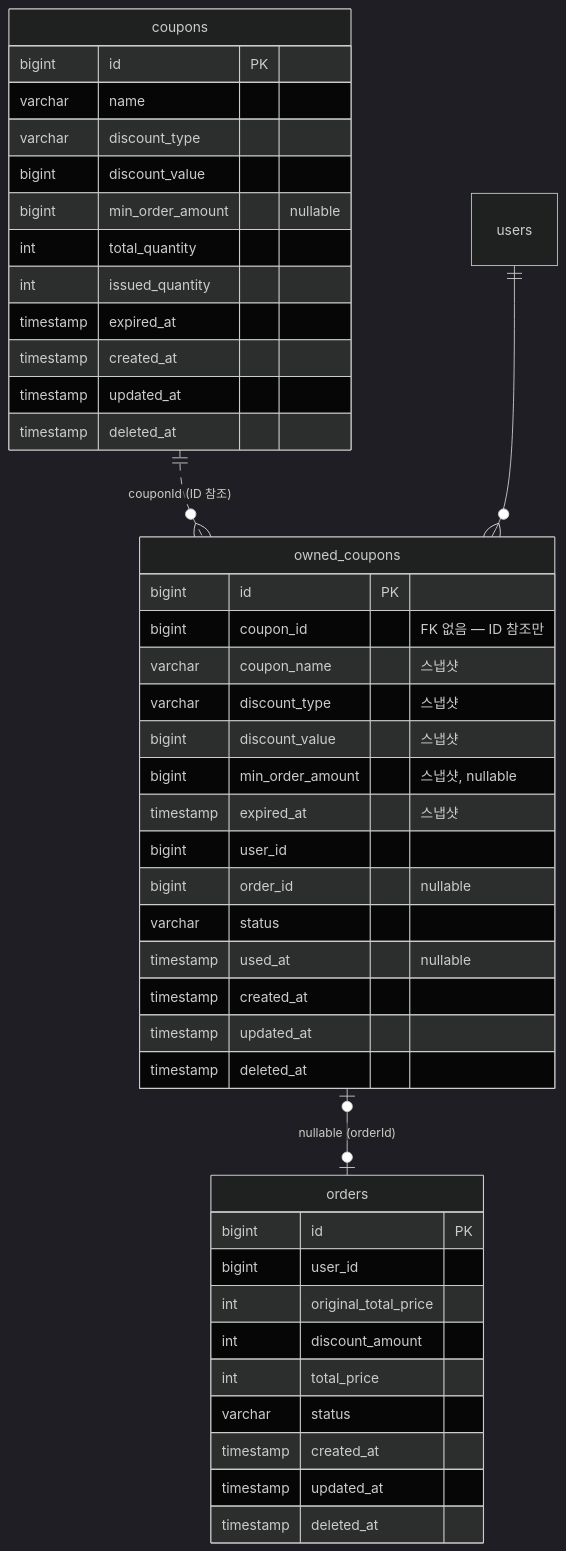
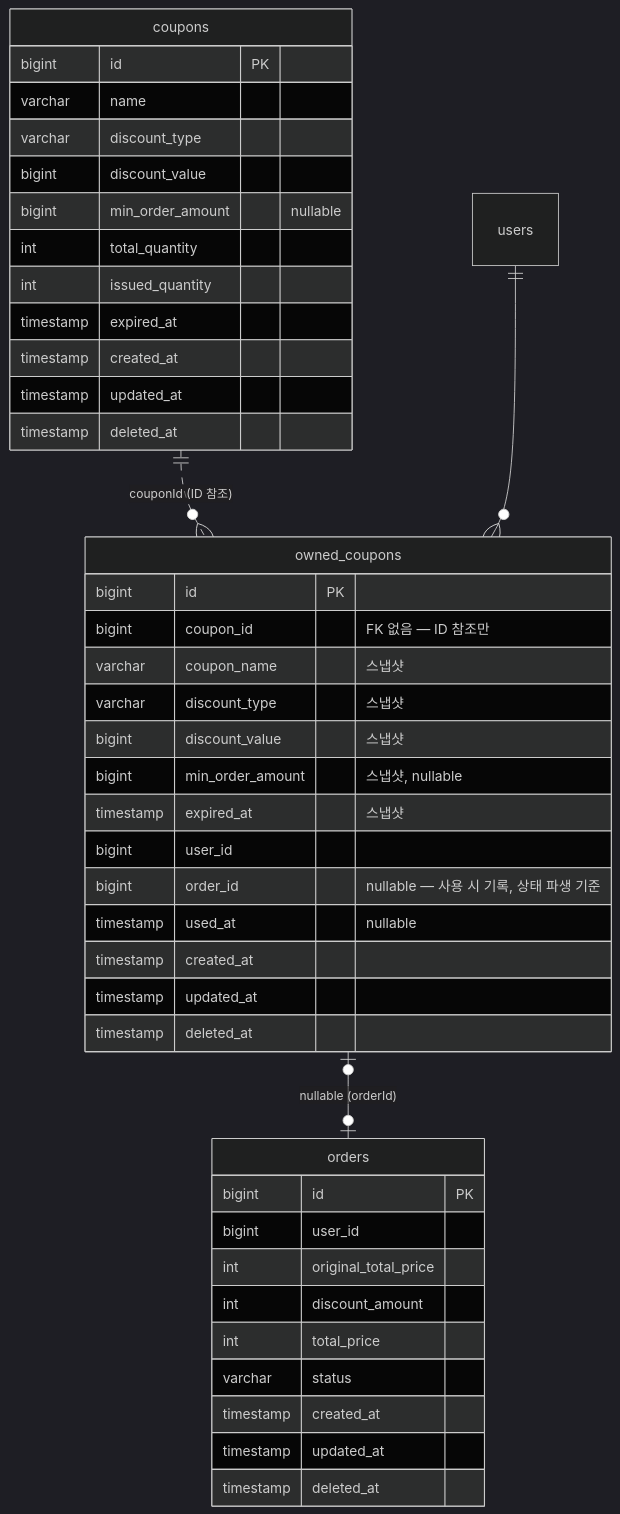
The fifth of 5 diagrams in docs/design/coupon/DESIGN.md (plan11plan/loop-pack-be-l2-vol3-java), drawn with Mermaid (dark theme) before and after one commit. The commit also changed other lines of this file, not shown here.

Commit message:
docs: OwnedCoupon status 컬럼 제거 및 CAS Update 동시성 전략 반영

````diff
--- a/docs/design/coupon/DESIGN.md
+++ b/docs/design/coupon/DESIGN.md
@@ -437,49 +438,48 @@
 ```mermaid
 erDiagram
     coupons {
         bigint id PK
         varchar name
         varchar discount_type
         bigint discount_value
         bigint min_order_amount "nullable"
         int total_quantity
         int issued_quantity
         timestamp expired_at
         timestamp created_at
         timestamp updated_at
         timestamp deleted_at
     }
 
     owned_coupons {
         bigint id PK
         bigint coupon_id "FK 없음 — ID 참조만"
         varchar coupon_name "스냅샷"
         varchar discount_type "스냅샷"
         bigint discount_value "스냅샷"
         bigint min_order_amount "스냅샷, nullable"
         timestamp expired_at "스냅샷"
         bigint user_id
-        bigint order_id "nullable"
-        varchar status
+        bigint order_id "nullable — 사용 시 기록, 상태 파생 기준"
         timestamp used_at "nullable"
         timestamp created_at
         timestamp updated_at
         timestamp deleted_at
     }
 
     orders {
         bigint id PK
         bigint user_id
         int original_total_price
         int discount_amount
         int total_price
         varchar status
         timestamp created_at
         timestamp updated_at
         timestamp deleted_at
     }
 
     coupons ||..o{ owned_coupons : "couponId (ID 참조)"
     users ||--o{ owned_coupons : ""
     owned_coupons |o--o| orders : "nullable (orderId)"
 ```
````
